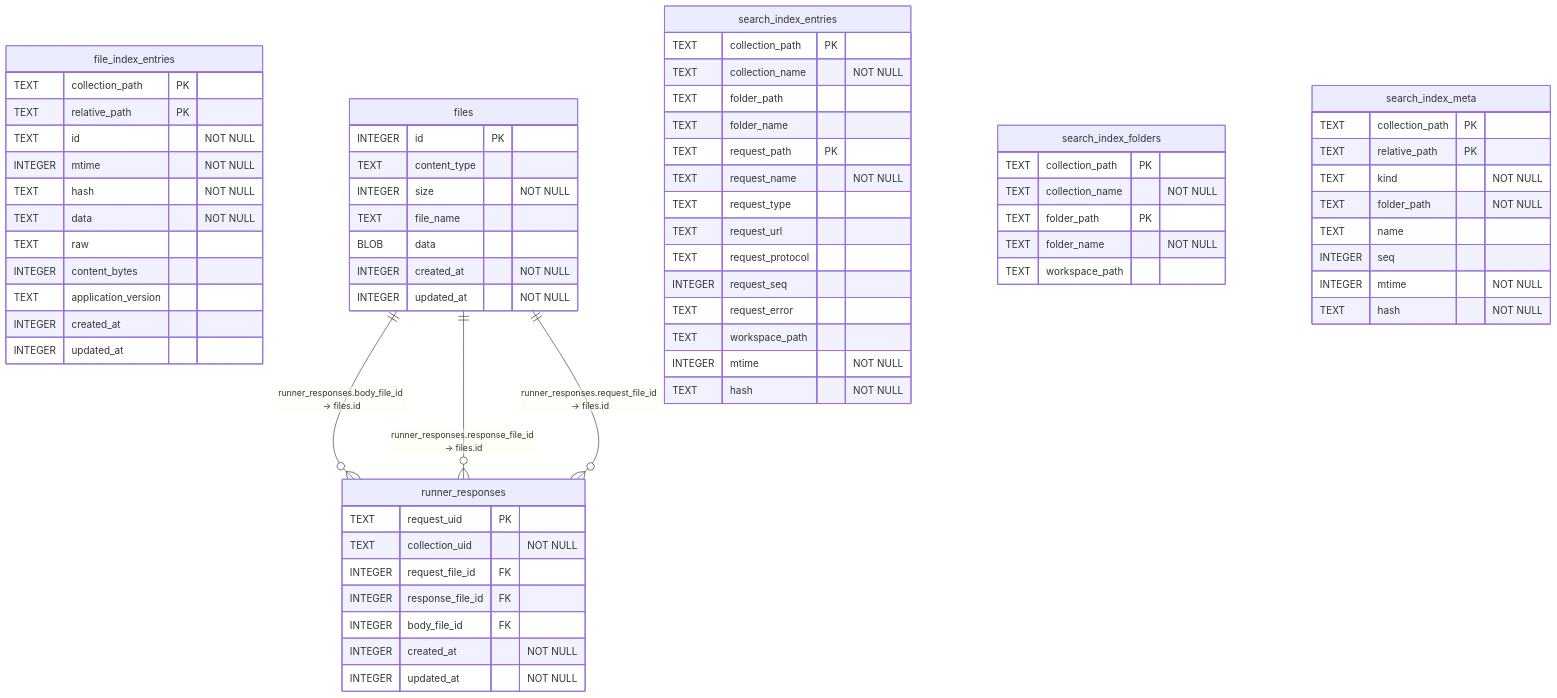
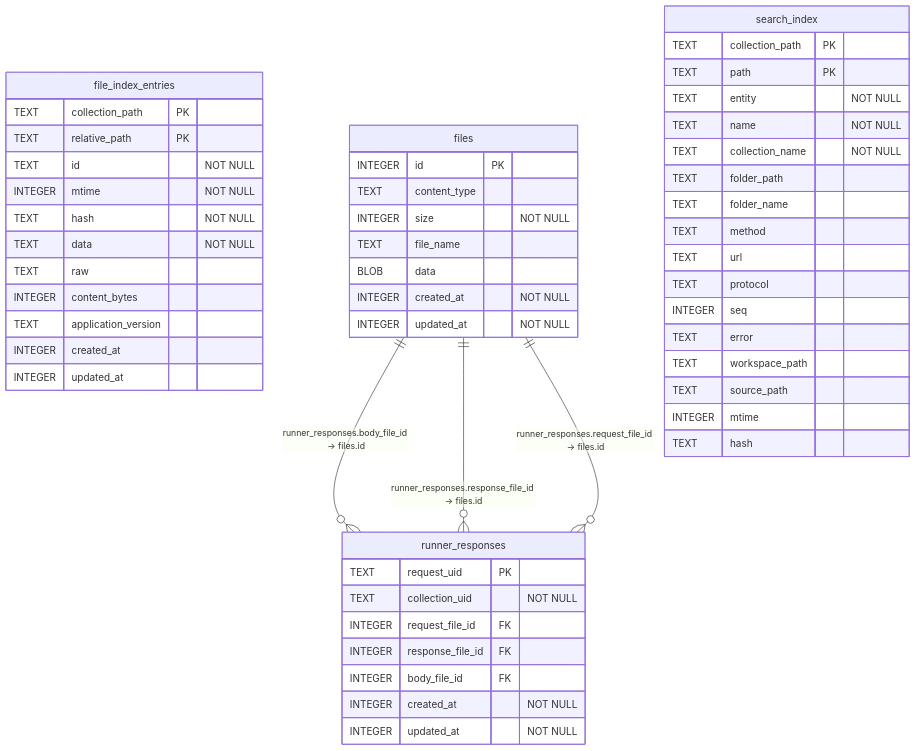
Before and after one commit to usebruno/bruno: the diagram in packages/bruno-sqlite/SCHEMA.md, drawn with Mermaid. The commit also changed other lines of this file and 15 other files, not shown here.

````diff
--- a/packages/bruno-sqlite/SCHEMA.md
+++ b/packages/bruno-sqlite/SCHEMA.md
@@ -7,70 +7,55 @@
 ```mermaid
 erDiagram
   file_index_entries {
     TEXT collection_path PK
     TEXT relative_path PK
     TEXT id "NOT NULL"
     INTEGER mtime "NOT NULL"
     TEXT hash "NOT NULL"
     TEXT data "NOT NULL"
     TEXT raw
     INTEGER content_bytes
     TEXT application_version
     INTEGER created_at
     INTEGER updated_at
   }
   files {
     INTEGER id PK
     TEXT content_type
     INTEGER size "NOT NULL"
     TEXT file_name
     BLOB data
     INTEGER created_at "NOT NULL"
     INTEGER updated_at "NOT NULL"
   }
   runner_responses {
     TEXT request_uid PK
     TEXT collection_uid "NOT NULL"
     INTEGER request_file_id FK
     INTEGER response_file_id FK
     INTEGER body_file_id FK
     INTEGER created_at "NOT NULL"
     INTEGER updated_at "NOT NULL"
   }
-  search_index_entries {
+  search_index {
     TEXT collection_path PK
+    TEXT path PK
+    TEXT entity "NOT NULL"
+    TEXT name "NOT NULL"
     TEXT collection_name "NOT NULL"
     TEXT folder_path
     TEXT folder_name
-    TEXT request_path PK
-    TEXT request_name "NOT NULL"
-    TEXT request_type
-    TEXT request_url
-    TEXT request_protocol
-    INTEGER request_seq
-    TEXT request_error
+    TEXT method
+    TEXT url
+    TEXT protocol
+    INTEGER seq
+    TEXT error
     TEXT workspace_path
-    INTEGER mtime "NOT NULL"
-    TEXT hash "NOT NULL"
-  }
-  search_index_folders {
-    TEXT collection_path PK
-    TEXT collection_name "NOT NULL"
-    TEXT folder_path PK
-    TEXT folder_name "NOT NULL"
-    TEXT workspace_path
-  }
-  search_index_meta {
-    TEXT collection_path PK
-    TEXT relative_path PK
-    TEXT kind "NOT NULL"
-    TEXT folder_path "NOT NULL"
-    TEXT name
-    INTEGER seq
-    INTEGER mtime "NOT NULL"
-    TEXT hash "NOT NULL"
+    TEXT source_path
+    INTEGER mtime
+    TEXT hash
   }
   files ||--o{ runner_responses : "runner_responses.body_file_id -> files.id"
   files ||--o{ runner_responses : "runner_responses.response_file_id -> files.id"
   files ||--o{ runner_responses : "runner_responses.request_file_id -> files.id"
 ```
````
